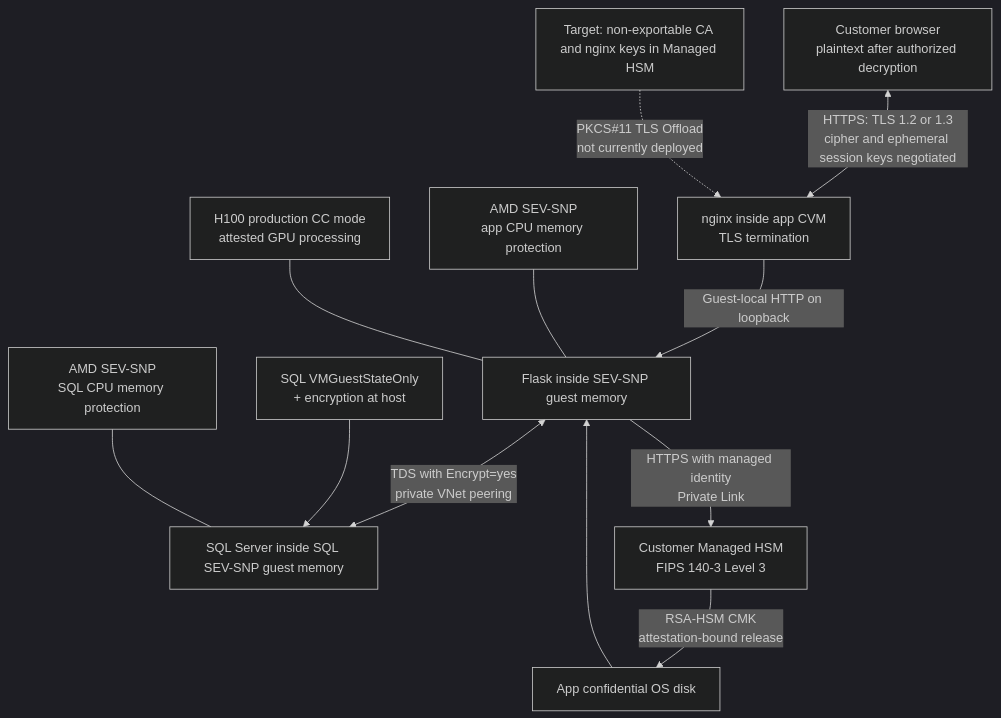
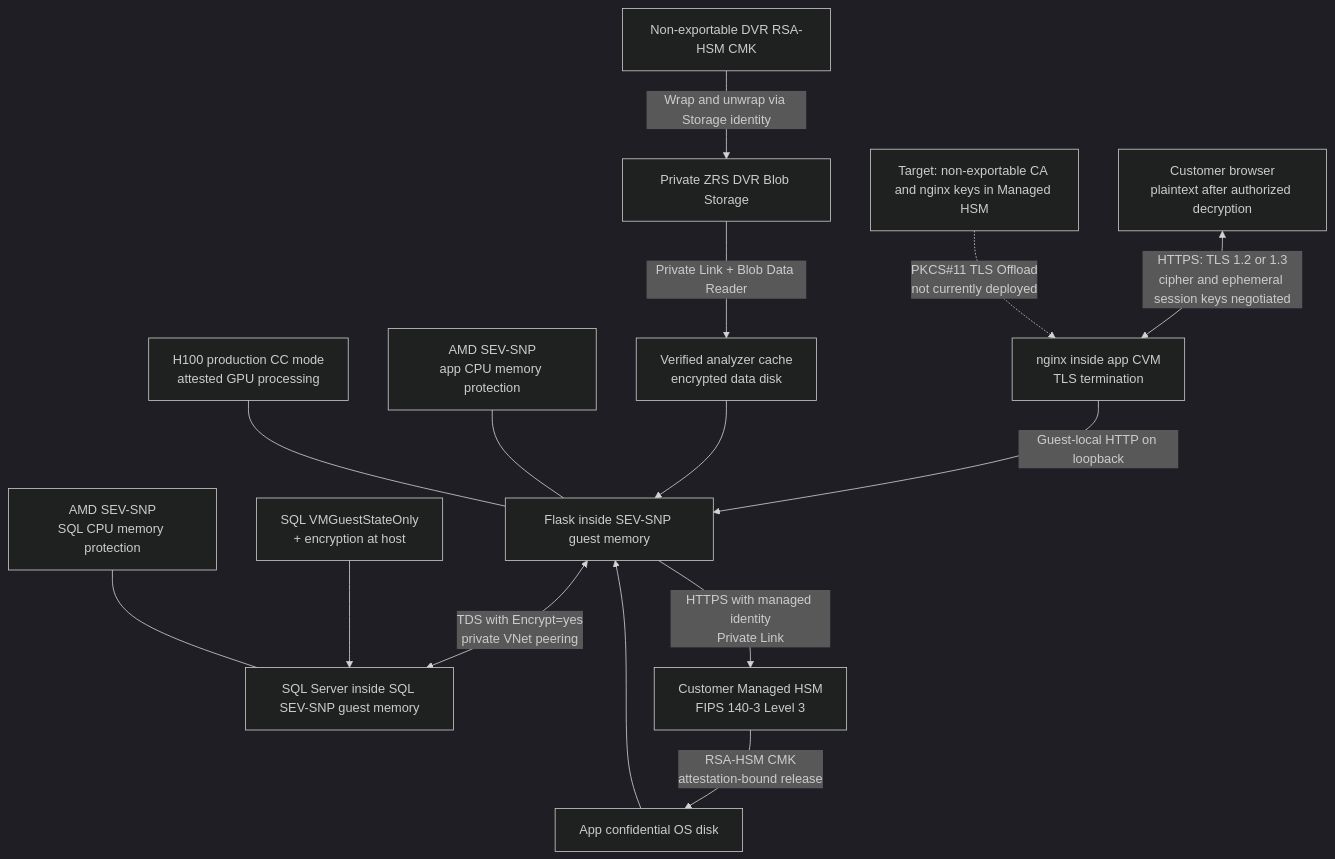
One commit to vinfnet/confidential-computing changed the seventh of 9 diagrams in sov-examples/citizen-registry-advanced/README.md. Above: the diagram before and after it, drawn with Mermaid (dark theme). The commit also changed other lines of this file and 3 other files, not shown here.

Commit message:
docs: document private DVR storage architecture

````diff
--- a/sov-examples/citizen-registry-advanced/README.md
+++ b/sov-examples/citizen-registry-advanced/README.md
@@ -608,25 +639,30 @@
 ```mermaid
 flowchart TB
   Browser4[Customer browser<br/>plaintext after authorized decryption]
   Nginx4[nginx inside app CVM<br/>TLS termination]
   Flask4[Flask inside SEV-SNP guest memory]
   Sql4[SQL Server inside SQL SEV-SNP guest memory]
   Hsm4[Customer Managed HSM<br/>FIPS 140-3 Level 3]
   AppDisk4[App confidential OS disk]
   SqlProtection4[SQL VMGuestStateOnly<br/>+ encryption at host]
+  Dvr4[Private ZRS DVR Blob Storage]
+  DvrKey4[Non-exportable DVR RSA-HSM CMK]
+  Cache4[Verified analyzer cache<br/>encrypted data disk]
 
   Browser4 <-->|HTTPS: TLS 1.2 or 1.3<br/>cipher and ephemeral session keys negotiated| Nginx4
   Nginx4 -->|Guest-local HTTP on loopback| Flask4
   Flask4 <-->|TDS with Encrypt=yes<br/>private VNet peering| Sql4
   Flask4 -->|HTTPS with managed identity<br/>Private Link| Hsm4
   Hsm4 -->|RSA-HSM CMK<br/>attestation-bound release| AppDisk4
   AppDisk4 --> Flask4
+  DvrKey4 -->|Wrap and unwrap via Storage identity| Dvr4
+  Dvr4 -->|Private Link + Blob Data Reader| Cache4 --> Flask4
   SqlProtection4 --> Sql4
 
   AppMemory4[AMD SEV-SNP<br/>app CPU memory protection] --- Flask4
   SqlMemory4[AMD SEV-SNP<br/>SQL CPU memory protection] --- Sql4
   GpuMemory4[H100 production CC mode<br/>attested GPU processing] --- Flask4
 
   TargetKeys4[Target: non-exportable CA and nginx keys in Managed HSM]
   TargetKeys4 -.->|PKCS#11 TLS Offload<br/>not currently deployed| Nginx4
 ```
````
